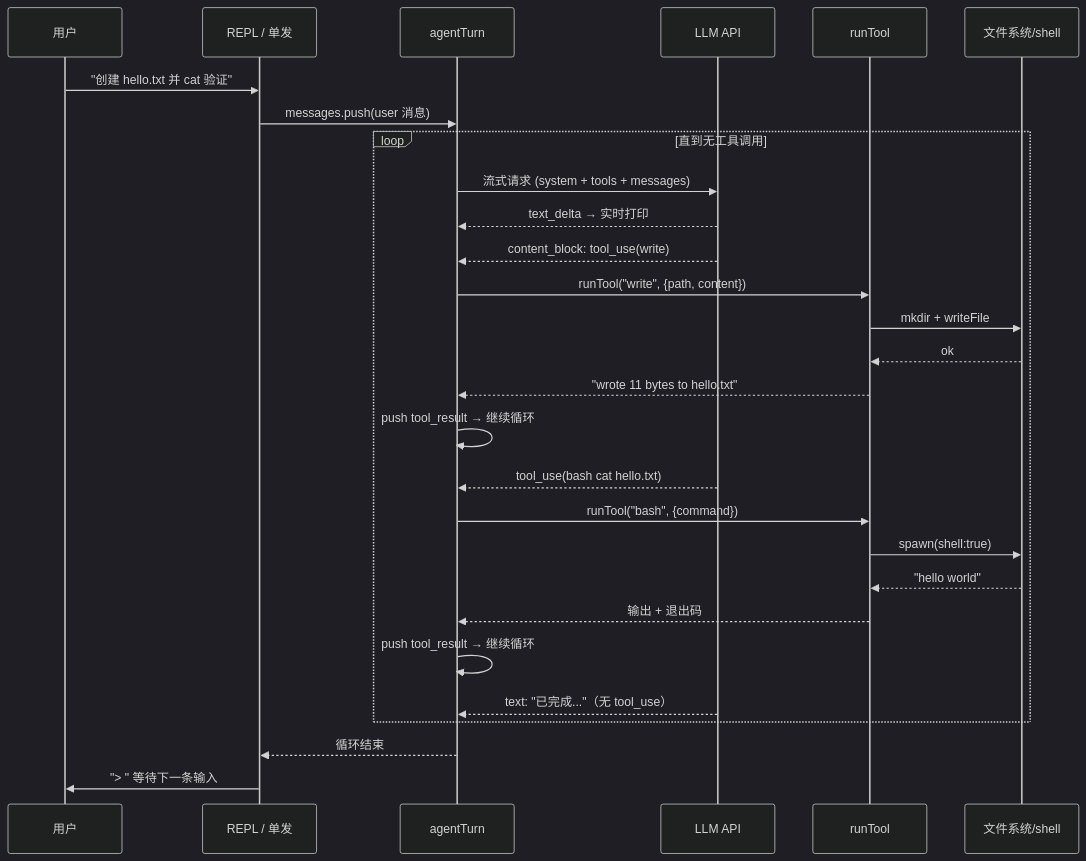
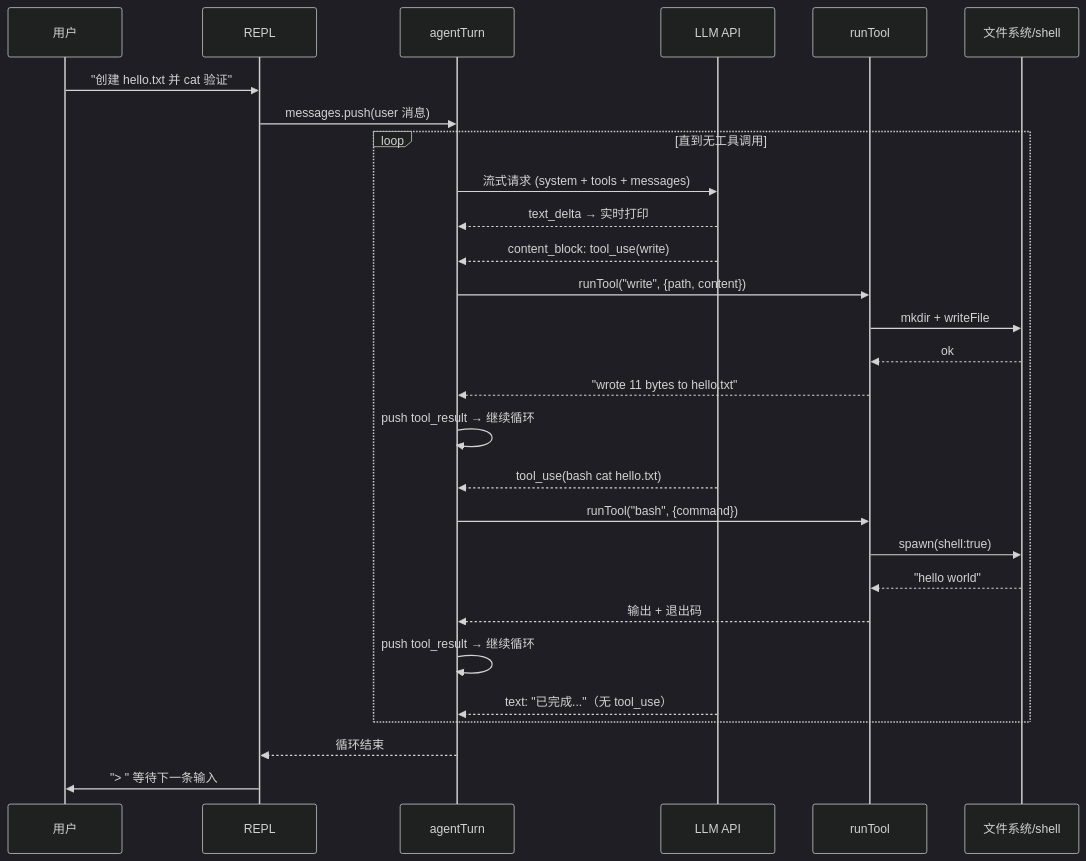
One commit to tmjwjx/ti changed the second of 2 diagrams in docs/ARCHITECTURE.md. Above: the diagram before and after it, drawn with Mermaid (dark theme). The commit also changed other lines of this file and 3 other files, not shown here.

````diff
--- a/docs/ARCHITECTURE.md
+++ b/docs/ARCHITECTURE.md
@@ -66,31 +66,31 @@
 ```mermaid
 sequenceDiagram
     participant U as 用户
-    participant R as REPL / 单发
+    participant R as REPL
     participant L as agentTurn
     participant A as LLM API
     participant T as runTool
     participant F as 文件系统/shell
 
     U->>R: "创建 hello.txt 并 cat 验证"
     R->>L: messages.push(user 消息)
     loop 直到无工具调用
         L->>A: 流式请求 (system + tools + messages)
         A-->>L: text_delta → 实时打印
         A-->>L: content_block: tool_use(write)
         L->>T: runTool("write", {path, content})
         T->>F: mkdir + writeFile
         F-->>T: ok
         T-->>L: "wrote 11 bytes to hello.txt"
         L->>L: push tool_result → 继续循环
         A-->>L: tool_use(bash cat hello.txt)
         L->>T: runTool("bash", {command})
         T->>F: spawn(shell:true)
         F-->>T: "hello world"
         T-->>L: 输出 + 退出码
         L->>L: push tool_result → 继续循环
         A-->>L: text: "已完成..."（无 tool_use）
     end
     L-->>R: 循环结束
     R->>U: "> " 等待下一条输入
 ```
````
